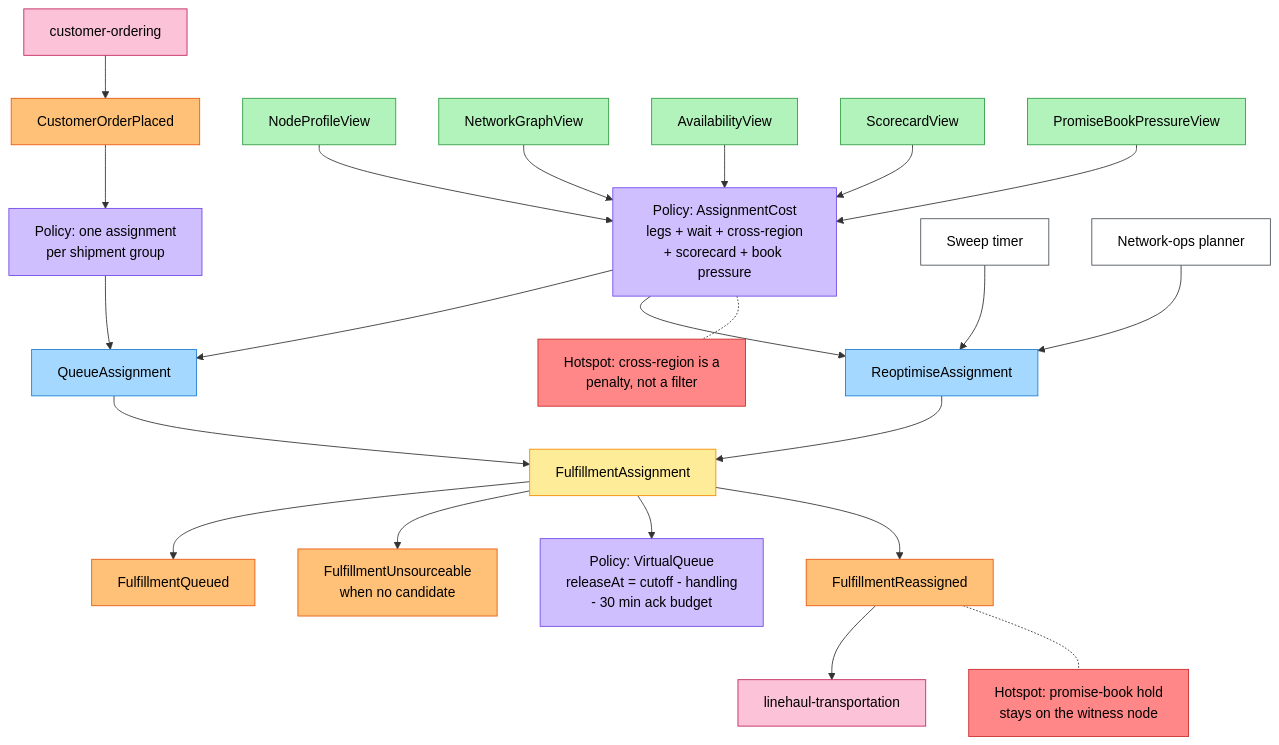
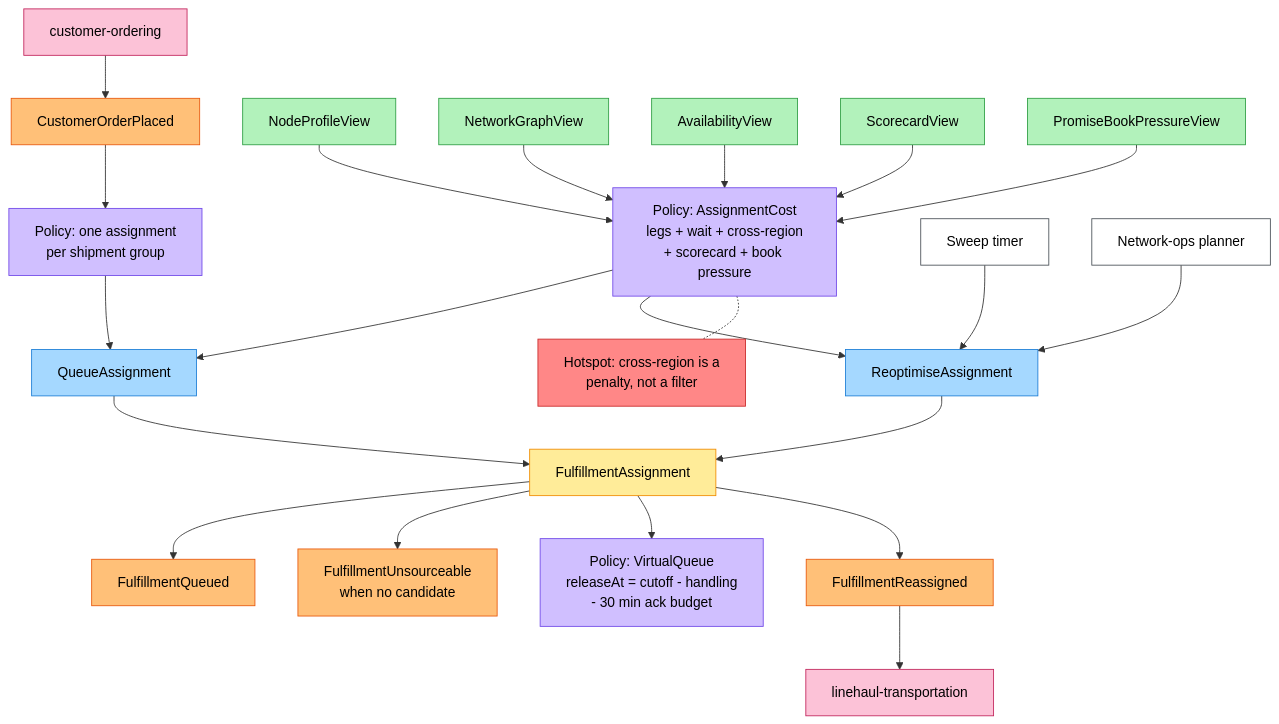
One commit to IQVO/order-sourcing changed the first of 5 diagrams in docs/docs/ddd/eventstorming.md. Above: the diagram before and after it, drawn with Mermaid. The commit also changed other lines of this file and 17 other files, not shown here.

````diff
--- a/docs/docs/ddd/eventstorming.md
+++ b/docs/docs/ddd/eventstorming.md
@@ -31,48 +31,46 @@
 ```mermaid
 flowchart TB
     classDef command fill:#a5d8ff,stroke:#1c7ed6,color:#000
     classDef aggregate fill:#ffec99,stroke:#f08c00,color:#000
     classDef event fill:#ffc078,stroke:#e8590c,color:#000
     classDef policy fill:#d0bfff,stroke:#7048e8,color:#000
     classDef readmodel fill:#b2f2bb,stroke:#2f9e44,color:#000
     classDef external fill:#fcc2d7,stroke:#c2255c,color:#000
     classDef hotspot fill:#ff8787,stroke:#c92a2a,color:#000
     classDef actor fill:#ffffff,stroke:#495057,color:#000
     CO["customer-ordering"]:::external
     E0["CustomerOrderPlaced"]:::event
     P0["Policy: one assignment<br/>per shipment group"]:::policy
     C1["QueueAssignment"]:::command
     A1["FulfillmentAssignment"]:::aggregate
     E1["FulfillmentQueued"]:::event
     E1b["FulfillmentUnsourceable<br/>when no candidate"]:::event
     P1["Policy: VirtualQueue<br/>releaseAt = cutoff - handling<br/>- 30 min ack budget"]:::policy
     RM1["NodeProfileView"]:::readmodel
     RM2["NetworkGraphView"]:::readmodel
     RM3["AvailabilityView"]:::readmodel
     RM4["ScorecardView"]:::readmodel
     RM5["PromiseBookPressureView"]:::readmodel
     P2["Policy: AssignmentCost<br/>legs + wait + cross-region<br/>+ scorecard + book pressure"]:::policy
     T1["Sweep timer"]:::actor
     PL["Network-ops planner"]:::actor
     C2["ReoptimiseAssignment"]:::command
     E2["FulfillmentReassigned"]:::event
     LH["linehaul-transportation"]:::external
     H3["Hotspot: cross-region is a<br/>penalty, not a filter"]:::hotspot
-    H1["Hotspot: promise-book hold<br/>stays on the witness node"]:::hotspot
     CO --> E0 --> P0 --> C1 --> A1 --> E1
     A1 --> E1b
     A1 --> P1
     RM1 --> P2
     RM2 --> P2
     RM3 --> P2
     RM4 --> P2
     RM5 --> P2
     P2 --> C1
     P2 --> C2
     T1 --> C2
     PL --> C2
     C2 --> A1
     A1 --> E2 --> LH
     P2 -.- H3
-    E2 -.- H1
 ```
````
